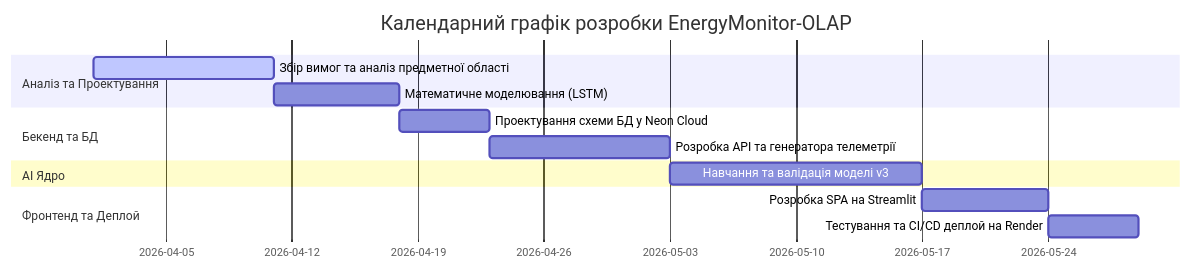
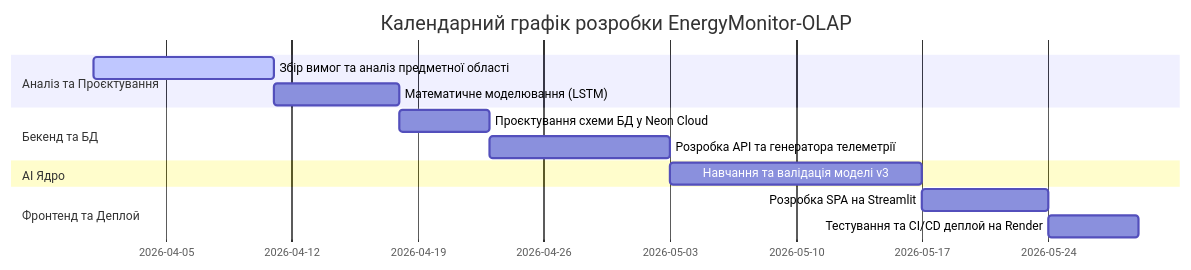
Before and after one commit to Lutvunenko-Dmutro/EnergyMonitor-OLAP: the second of 2 diagrams in docs/thesis/THESIS_2_REQUIREMENTS.md, drawn with Mermaid. The commit also changed other lines of this file and 30 other files, not shown here.

````diff
--- a/docs/thesis/THESIS_2_REQUIREMENTS.md
+++ b/docs/thesis/THESIS_2_REQUIREMENTS.md
@@ -241,16 +207,16 @@
 ```mermaid
 gantt
-    title Календарний графік розробки EnergyMonitor-OLAP
-    dateFormat  YYYY-MM-DD
-    section Аналіз та Проектування
-    Збір вимог та аналіз предметної області :active, des1, 2026-04-01, 10d
-    Математичне моделювання (LSTM) : des2, after des1, 7d
-    section Бекенд та БД
-    Проектування схеми БД у Neon Cloud : des3, after des2, 5d
-    Розробка API та генератора телеметрії : des4, after des3, 10d
-    section AI Ядро
-    Навчання та валідація моделі v3 : des5, after des4, 14d
-    section Фронтенд та Деплой
-    Розробка SPA на Streamlit : des6, after des5, 7d
-    Тестування та CI/CD деплой на Render : des7, after des6, 5d
+title Календарний графік розробки EnergyMonitor-OLAP
+dateFormat  YYYY-MM-DD
+section Аналіз та Проєктування
+Збір вимог та аналіз предметної області :active, des1, 2026-04-01, 10d
+Математичне моделювання (LSTM) : des2, after des1, 7d
+section Бекенд та БД
+Проєктування схеми БД у Neon Cloud : des3, after des2, 5d
+Розробка API та генератора телеметрії : des4, after des3, 10d
+section AI Ядро
+Навчання та валідація моделі v3 : des5, after des4, 14d
+section Фронтенд та Деплой
+Розробка SPA на Streamlit : des6, after des5, 7d
+Тестування та CI/CD деплой на Render : des7, after des6, 5d
 ```
````
